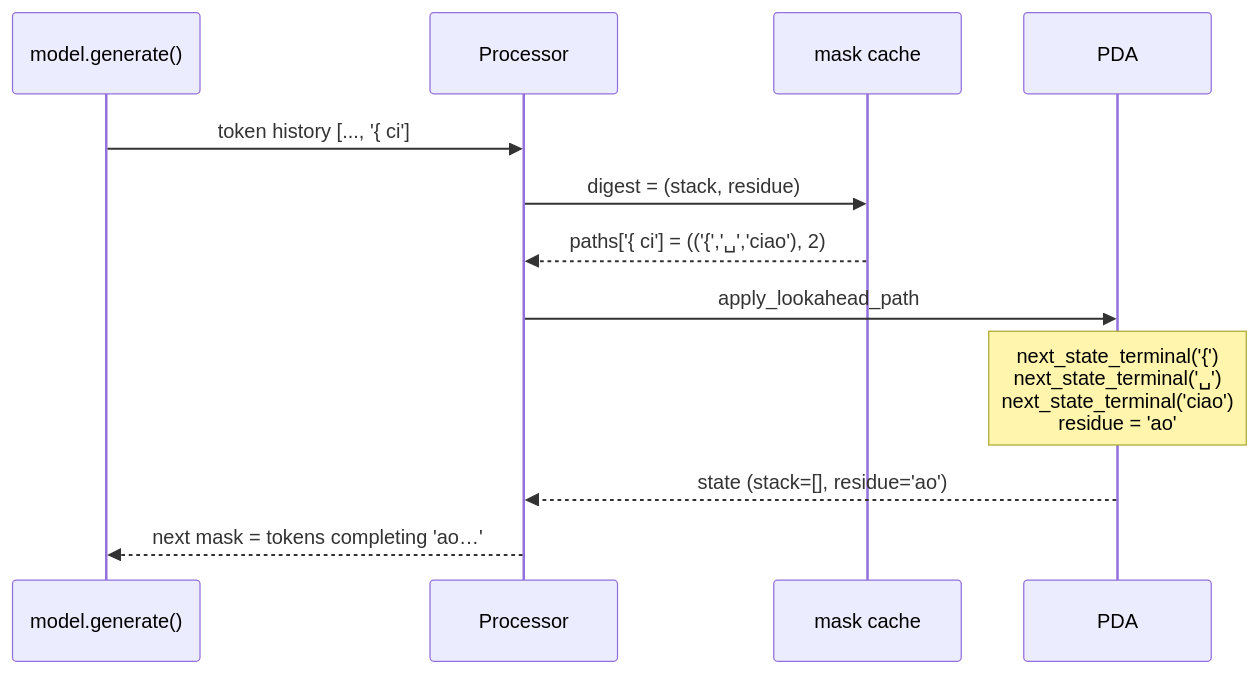
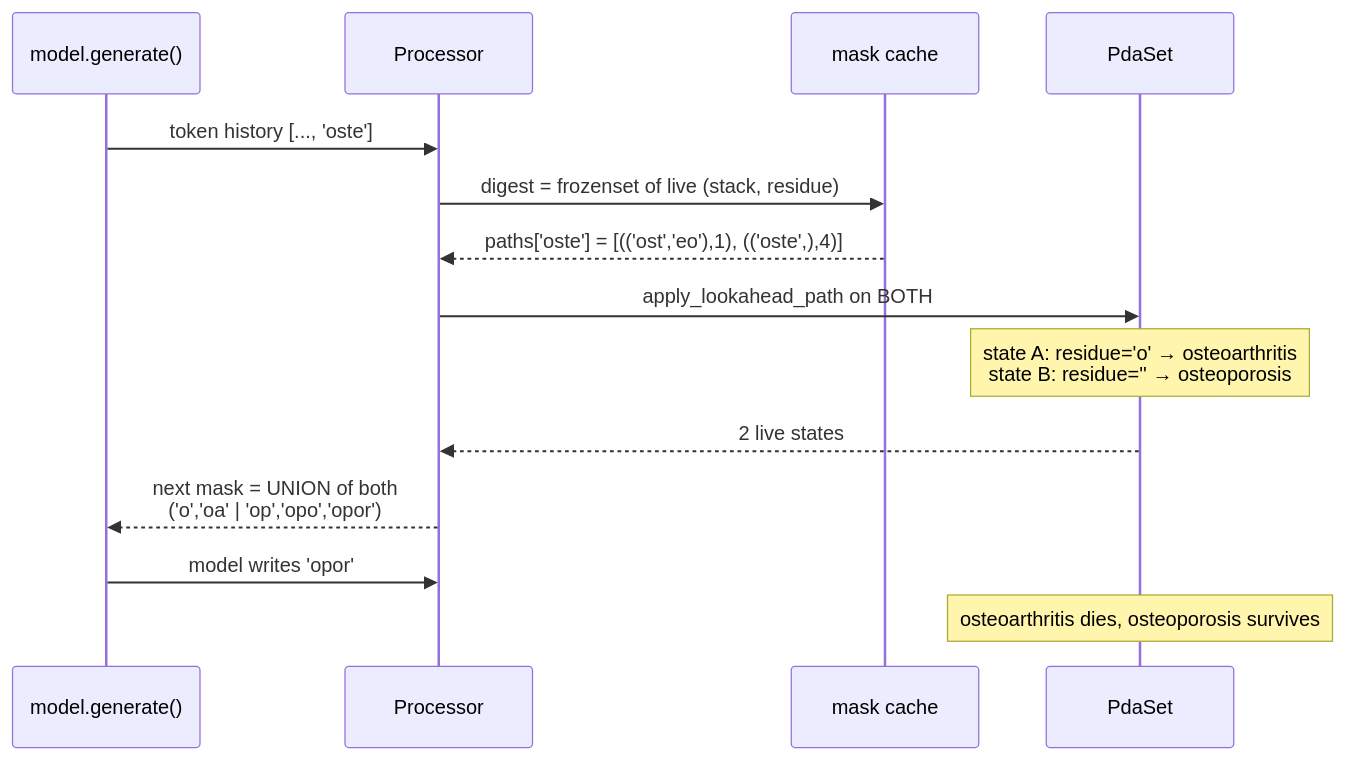
Before and after one commit to misaelmongiovi/grammarllm: the eighth of 9 diagrams in docs/token-boundary-lookahead.md, drawn with Mermaid. The commit also changed other lines of this file and 7 other files, not shown here.

````diff
--- a/docs/token-boundary-lookahead.md
+++ b/docs/token-boundary-lookahead.md
@@ -167,14 +171,16 @@
 ```mermaid
 sequenceDiagram
     participant HF as model.generate()
     participant PR as Processor
     participant MC as mask cache
-    participant PD as PDA
-    HF->>PR: token history [..., '{ ci']
-    PR->>MC: digest = (stack, residue)
-    MC-->>PR: paths['{ ci'] = (('{','␣','ciao'), 2)
-    PR->>PD: apply_lookahead_path
-    Note over PD: next_state_terminal('{')<br/>next_state_terminal('␣')<br/>next_state_terminal('ciao')<br/>residue = 'ao'
-    PD-->>PR: state (stack=[], residue='ao')
-    PR-->>HF: next mask = tokens completing 'ao…'
+    participant PS as PdaSet
+    HF->>PR: token history [..., 'oste']
+    PR->>MC: digest = frozenset of live (stack, residue)
+    MC-->>PR: paths['oste'] = [(('ost','eo'),1), (('oste',),4)]
+    PR->>PS: apply_lookahead_path on BOTH
+    Note over PS: state A: residue='o'  → osteoarthritis<br/>state B: residue=''   → osteoporosis
+    PS-->>PR: 2 live states
+    PR-->>HF: next mask = UNION of both<br/>('o','oa' | 'op','opo','opor')
+    HF->>PR: model writes 'opor'
+    Note over PS: osteoarthritis dies, osteoporosis survives
 ```
````
